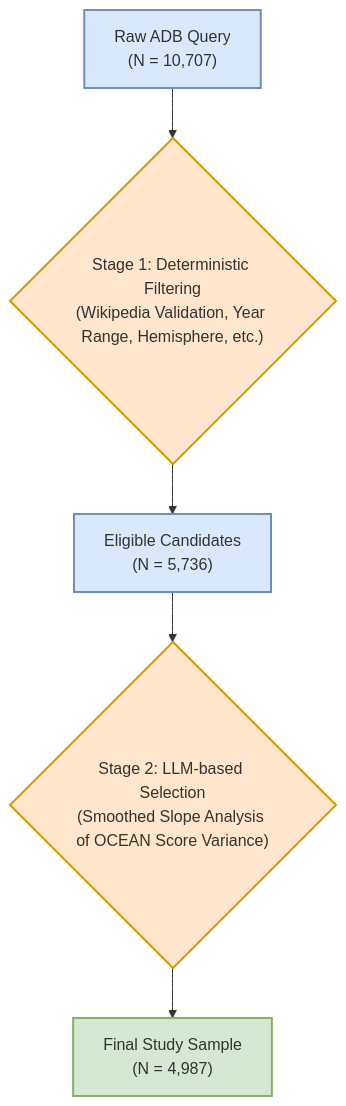
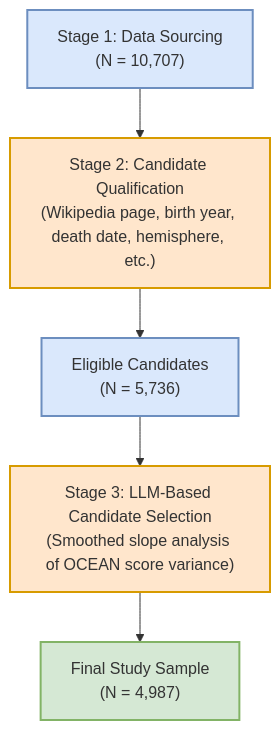
Before and after one commit to peterjmarko/llm-narrative-framework: the diagram in docs/diagrams/flow_sample_derivation.mmd, drawn with Mermaid. The commit also changed 6 other files, not shown here.

```diff
--- a/docs/diagrams/flow_sample_derivation.mmd
+++ b/docs/diagrams/flow_sample_derivation.mmd
@@ -1,11 +1,12 @@
 graph TD
-    A["Raw ADB Query<br>(N = 10,707)"] --> B{"Stage 1: Deterministic Filtering<br>(Wikipedia Validation, Year Range, Hemisphere, etc.)"};
+    A["Stage 1: Data Sourcing<br>(N = 10,707)"];
+    A --> B["Stage 2: Candidate Qualification<br>(Wikipedia page, birth year, death date, hemisphere, etc.)"];
     B --> C["Eligible Candidates<br>(N = 5,736)"];
-    C --> D{"Stage 2: LLM-based Selection<br>(Smoothed Slope Analysis of OCEAN Score Variance)"};
+    C --> D["Stage 3: LLM-Based Candidate Selection<br>(Smoothed slope analysis of OCEAN score variance)"];
     D --> E["Final Study Sample<br>(N = 4,987)"];
 
     style A fill:#DAE8FC,stroke:#6C8EBF,stroke-width:2px
     style C fill:#DAE8FC,stroke:#6C8EBF,stroke-width:2px
     style E fill:#D5E8D4,stroke:#82B366,stroke-width:2px
     style B fill:#FFE6CC,stroke:#D79B00,stroke-width:2px
     style D fill:#FFE6CC,stroke:#D79B00,stroke-width:2px
```
